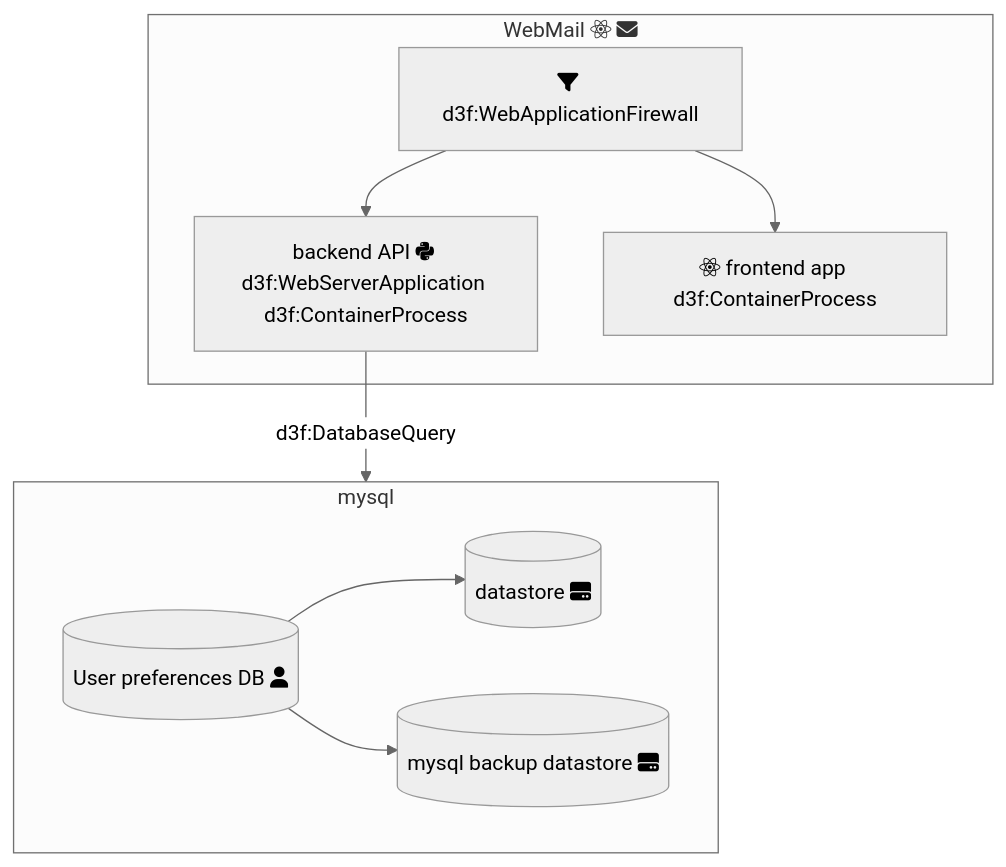
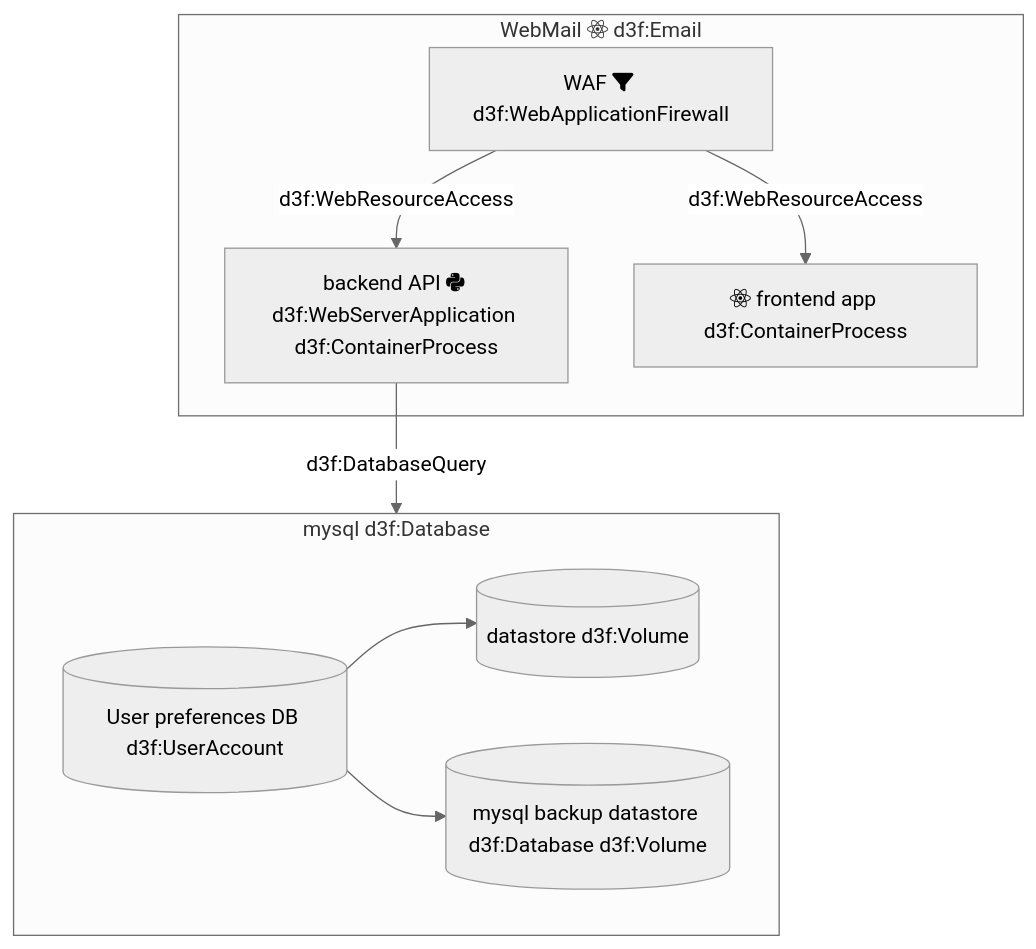
One commit to par-tec/d3fend-tools changed the third of 4 diagrams in docs/static/examples/mermaid/webmail.md. Above: the diagram before and after it, drawn with Mermaid (neutral theme). The commit also changed other lines of this file and 7 other files, not shown here.

````diff
--- a/docs/static/examples/mermaid/webmail.md
+++ b/docs/static/examples/mermaid/webmail.md
@@ -39,25 +39,25 @@
 ```mermaid
 graph
 
 %% The webapp has a database for user settings.
 be --> |d3f:DatabaseQuery| mysql
 
 %% Font-awesome icons can be used to indicate that
 %%   a node is a class (e.g. fa-react maps to a WebUI)
-subgraph WebMail[WebMail fab:fa-react fa:fa-envelope]
+subgraph WebMail[WebMail fab:fa-react d3f:Email]
     fe[fab:fa-react frontend app d3f:ContainerProcess]
     be[backend API fab:fa-python d3f:WebServerApplication d3f:ContainerProcess]
-    waf[fa:fa-filter d3f:WebApplicationFirewall]
-    waf --> fe
-    waf --> be
+    waf[WAF fa:fa-filter d3f:WebApplicationFirewall]
+    waf -->|d3f:WebResourceAccess| fe
+    waf -->|d3f:WebResourceAccess| be
 end
 
-subgraph mysql
-    db[(User preferences DB fa:fa-user)]
-    db --> db-datastore[(datastore fa:fa-hard-drive)]
+subgraph mysql[mysql d3f:Database]
+    db[(User preferences DB d3f:UserAccount)]
+    db --> db-datastore[(datastore d3f:Volume)]
     %% Protect mysql from disk content wipe
-    db --> db-backup[(mysql backup datastore fa:fa-hard-drive)]
+    db --> db-backup[(mysql backup datastore d3f:Database d3f:Volume)]
 
 end
 
 ```
````
